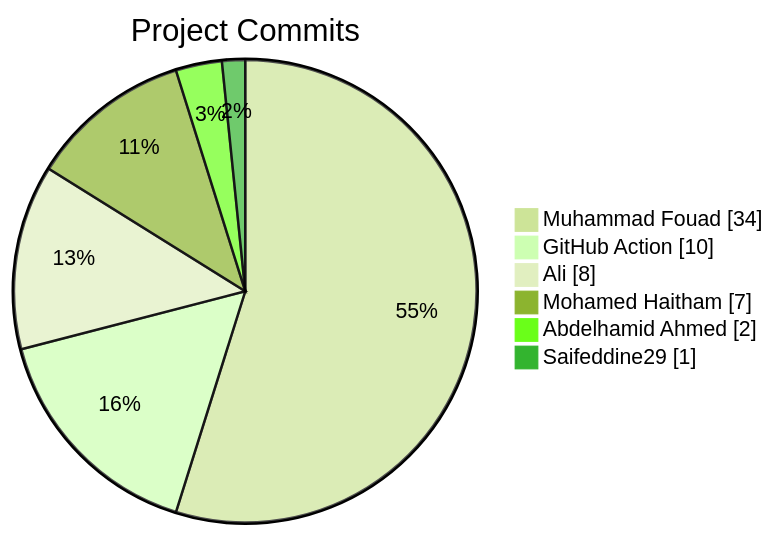
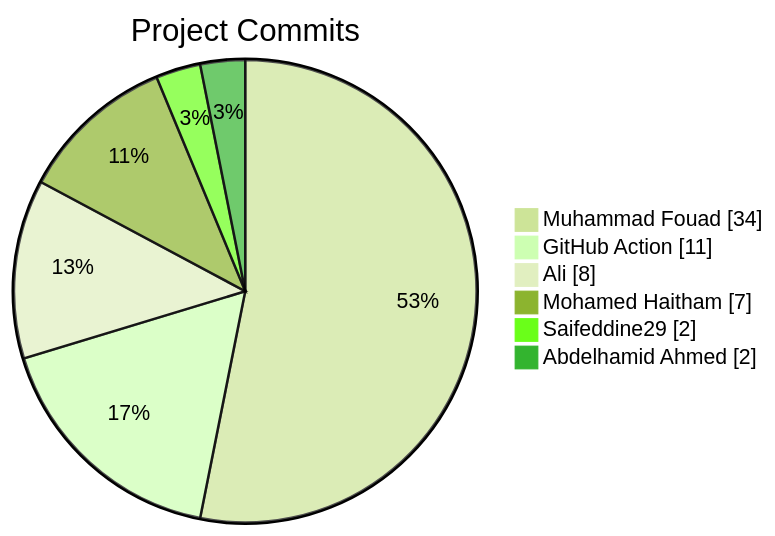
Before and after one commit to Abdelhamid-El-rashidy/Library_System: the diagram in README.md, drawn with Mermaid (forest theme).

Commit message:
docs: update contributor stats [skip ci]

````diff
--- a/README.md
+++ b/README.md
@@ -11,10 +11,10 @@
 ```mermaid
 pie showData
     title Project Commits
     "Muhammad Fouad" : 34
-    "GitHub Action" : 10
+    "GitHub Action" : 11
     "Ali" : 8
     "Mohamed Haitham" : 7
+    "Saifeddine29" : 2
     "Abdelhamid Ahmed" : 2
-    "Saifeddine29" : 1
 ```
````
